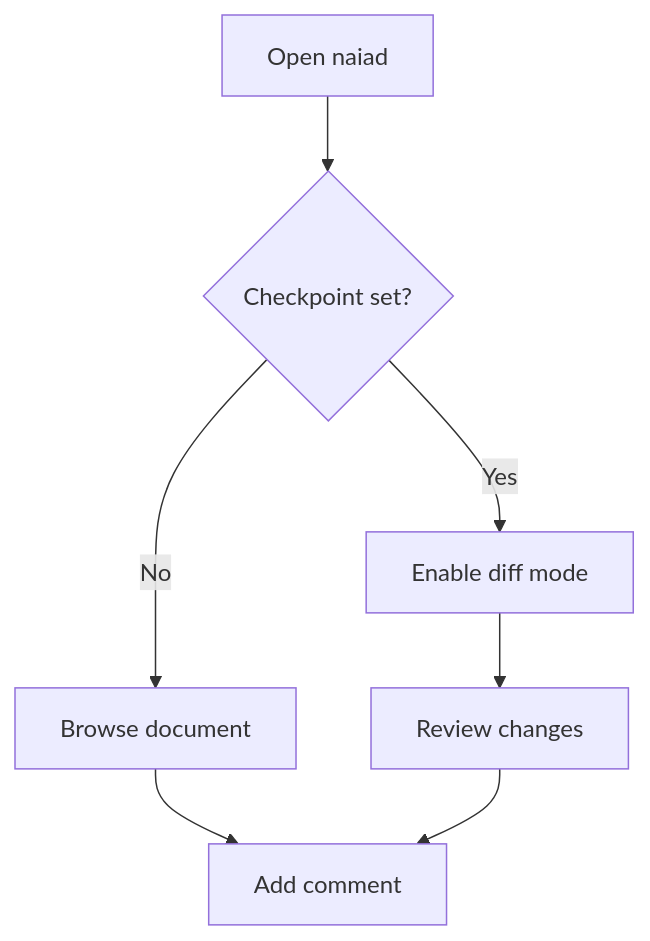
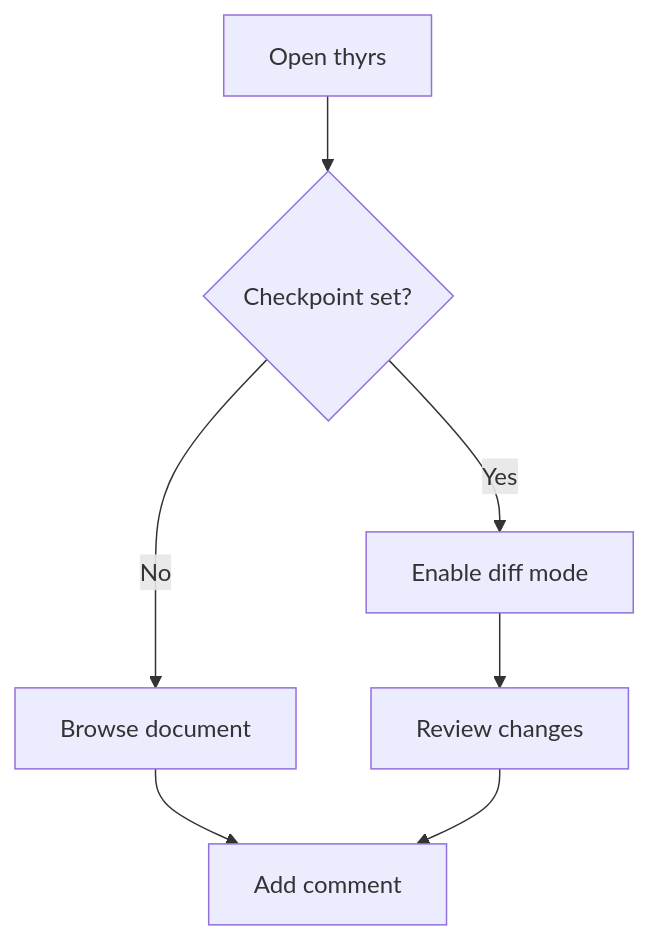
One commit to fillu87gyc/nymph changed the diagram in tests/fixtures/fullspec.md. Above: the diagram before and after it, drawn with Mermaid. The commit also changed 41 other files, not shown here.

First line of the commit message:
rename: naiad → thyrs 全面置換

````diff
--- a/tests/fixtures/fullspec.md
+++ b/tests/fixtures/fullspec.md
@@ -42,9 +42,9 @@
 ```mermaid
 graph TD
-  A[Open naiad] --> B{Checkpoint set?}
+  A[Open thyrs] --> B{Checkpoint set?}
   B -->|Yes| C[Enable diff mode]
   B -->|No| D[Browse document]
   C --> E[Review changes]
   D --> F[Add comment]
   E --> F
 ```
````
